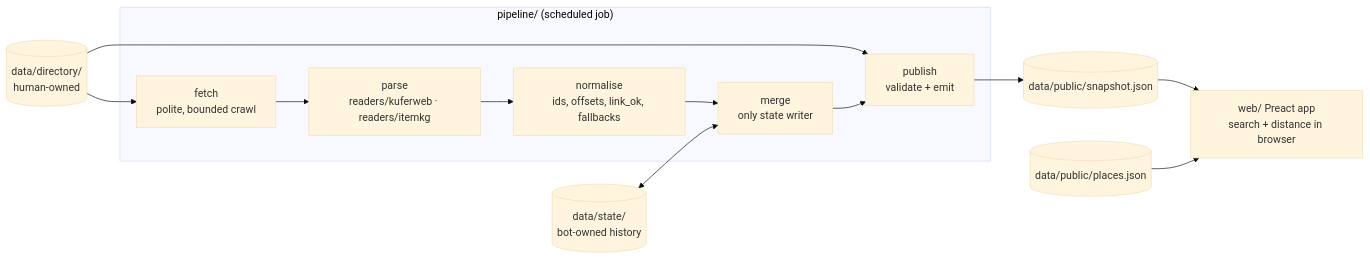
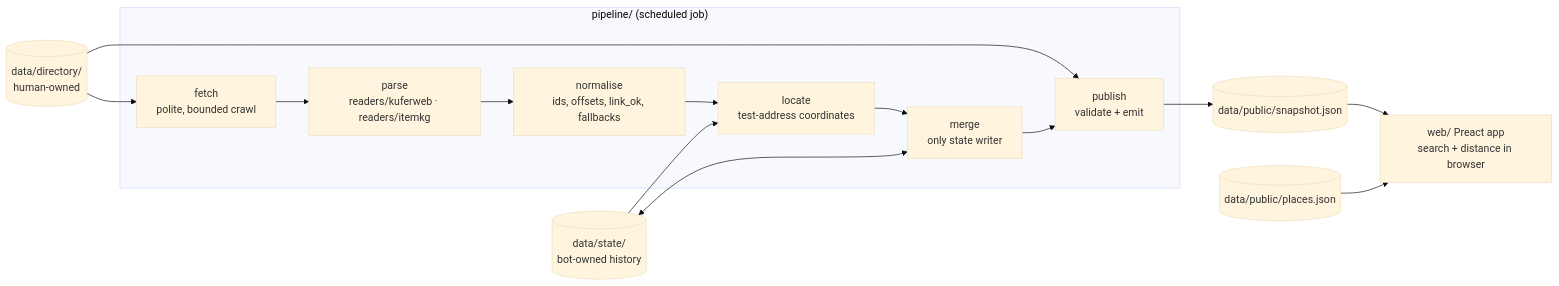
One commit to esiak/testplatz changed the first of 4 diagrams in _bmad-output/planning-artifacts/architecture/architecture-bgtsearch-2026-10-25/ARCHITECTURE-SPINE.md. Above: the diagram before and after it, drawn with Mermaid (base theme). The commit also changed other lines of this file and 7 other files, not shown here.

First line of the commit message:
docs: search by each test date's own address (sprint change proposal)

````diff
--- a/_bmad-output/planning-artifacts/architecture/architecture-bgtsearch-2026-10-25/ARCHITECTURE-SPINE.md
+++ b/_bmad-output/planning-artifacts/architecture/architecture-bgtsearch-2026-10-25/ARCHITECTURE-SPINE.md
@@ -28,15 +28,17 @@
 ```mermaid
 flowchart LR
   subgraph pipeline["pipeline/ (scheduled job)"]
     F[fetch<br/>polite, bounded crawl] --> P[parse<br/>readers/kuferweb · readers/itemkg]
     P --> N[normalise<br/>ids, offsets, link_ok, fallbacks]
-    N --> M[merge<br/>only state writer]
+    N --> L[locate<br/>test-address coordinates]
+    L --> M[merge<br/>only state writer]
     M --> PUB[publish<br/>validate + emit]
   end
   DIR[(data/directory/<br/>human-owned)] --> F
   DIR --> PUB
   ST[(data/state/<br/>bot-owned history)] <--> M
+  ST --> L
   PUB --> SNAP[(data/public/snapshot.json)]
   PLACES[(data/public/places.json)] --> WEB
   SNAP --> WEB[web/ Preact app<br/>search + distance in browser]
 ```
````
